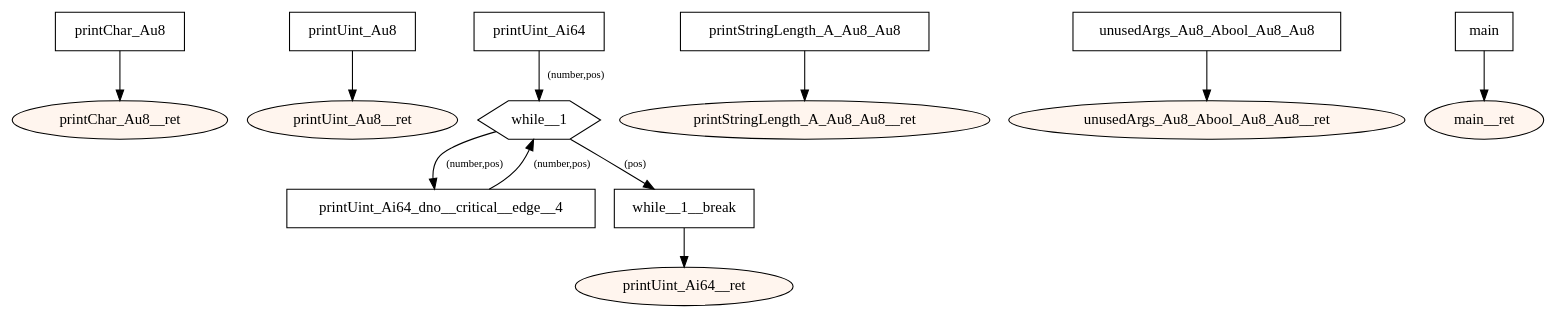
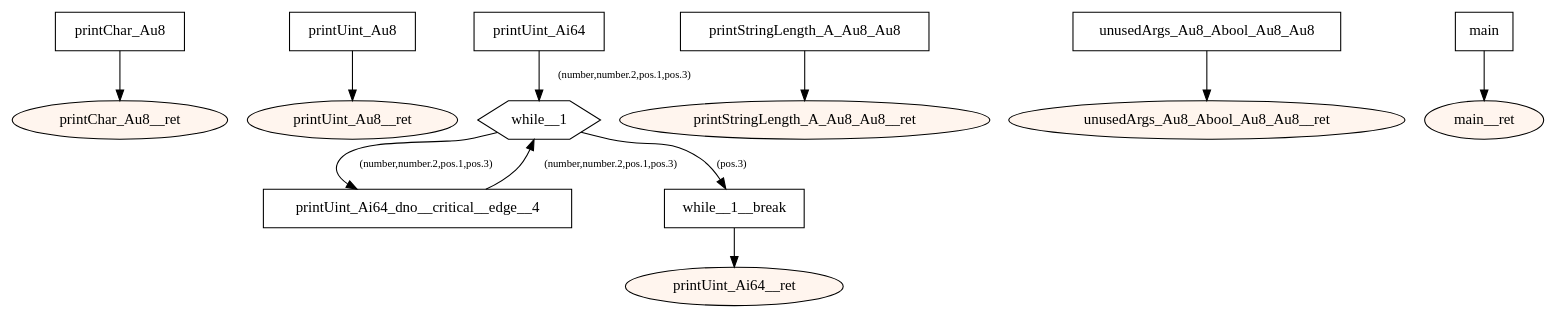
Before and after one commit to tmssngr/tinyC: the diagram in src/main/resources-test/compiler/windows/basics.dot, drawn with Graphviz. The commit also changed 90 other files, not shown here.

```diff
--- a/src/main/resources-test/compiler/windows/basics.dot
+++ b/src/main/resources-test/compiler/windows/basics.dot
@@ -1,40 +1,40 @@
 digraph program {
 	edge[fontsize="10pt"];
 	subgraph fn_printChar_Au8 {
 		BasicBlock_0_printChar_Au8 [label="printChar_Au8",shape=box];
 		BasicBlock_0_printChar_Au8 -> BasicBlock_0_printChar_Au8__ret;
 		BasicBlock_0_printChar_Au8__ret [label="printChar_Au8__ret",shape=oval,style=filled,fillcolor="#fff5ee"];
 	}
 	subgraph fn_printUint_Au8 {
 		BasicBlock_1_printUint_Au8 [label="printUint_Au8",shape=box];
 		BasicBlock_1_printUint_Au8 -> BasicBlock_1_printUint_Au8__ret;
 		BasicBlock_1_printUint_Au8__ret [label="printUint_Au8__ret",shape=oval,style=filled,fillcolor="#fff5ee"];
 	}
 	subgraph fn_printUint_Ai64 {
 		BasicBlock_2_printUint_Ai64 [label="printUint_Ai64",shape=box];
-		BasicBlock_2_printUint_Ai64 -> BasicBlock_2_while__1 [label="(number,pos)"];
+		BasicBlock_2_printUint_Ai64 -> BasicBlock_2_while__1 [label="(number,number.2,pos.1,pos.3)"];
 		BasicBlock_2_printUint_Ai64_dno__critical__edge__4 [label="printUint_Ai64_dno__critical__edge__4",shape=box];
-		BasicBlock_2_printUint_Ai64_dno__critical__edge__4 -> BasicBlock_2_while__1 [label="(number,pos)"];
+		BasicBlock_2_printUint_Ai64_dno__critical__edge__4 -> BasicBlock_2_while__1 [label="(number,number.2,pos.1,pos.3)"];
 		BasicBlock_2_while__1 [label="while__1",shape=hexagon];
-		BasicBlock_2_while__1 -> BasicBlock_2_printUint_Ai64_dno__critical__edge__4 [label="(number,pos)"];
-		BasicBlock_2_while__1 -> BasicBlock_2_while__1__break [label="(pos)"];
+		BasicBlock_2_while__1 -> BasicBlock_2_printUint_Ai64_dno__critical__edge__4 [label="(number,number.2,pos.1,pos.3)"];
+		BasicBlock_2_while__1 -> BasicBlock_2_while__1__break [label="(pos.3)"];
 		BasicBlock_2_while__1__break [label="while__1__break",shape=box];
 		BasicBlock_2_while__1__break -> BasicBlock_2_printUint_Ai64__ret;
 		BasicBlock_2_printUint_Ai64__ret [label="printUint_Ai64__ret",shape=oval,style=filled,fillcolor="#fff5ee"];
 	}
 	subgraph fn_printStringLength_A_Au8_Au8 {
 		BasicBlock_3_printStringLength_A_Au8_Au8 [label="printStringLength_A_Au8_Au8",shape=box];
 		BasicBlock_3_printStringLength_A_Au8_Au8 -> BasicBlock_3_printStringLength_A_Au8_Au8__ret;
 		BasicBlock_3_printStringLength_A_Au8_Au8__ret [label="printStringLength_A_Au8_Au8__ret",shape=oval,style=filled,fillcolor="#fff5ee"];
 	}
 	subgraph fn_unusedArgs_Au8_Abool_Au8_Au8 {
 		BasicBlock_4_unusedArgs_Au8_Abool_Au8_Au8 [label="unusedArgs_Au8_Abool_Au8_Au8",shape=box];
 		BasicBlock_4_unusedArgs_Au8_Abool_Au8_Au8 -> BasicBlock_4_unusedArgs_Au8_Abool_Au8_Au8__ret;
 		BasicBlock_4_unusedArgs_Au8_Abool_Au8_Au8__ret [label="unusedArgs_Au8_Abool_Au8_Au8__ret",shape=oval,style=filled,fillcolor="#fff5ee"];
 	}
 	subgraph fn_main {
 		BasicBlock_5_main [label="main",shape=box];
 		BasicBlock_5_main -> BasicBlock_5_main__ret;
 		BasicBlock_5_main__ret [label="main__ret",shape=oval,style=filled,fillcolor="#fff5ee"];
 	}
 }
```
